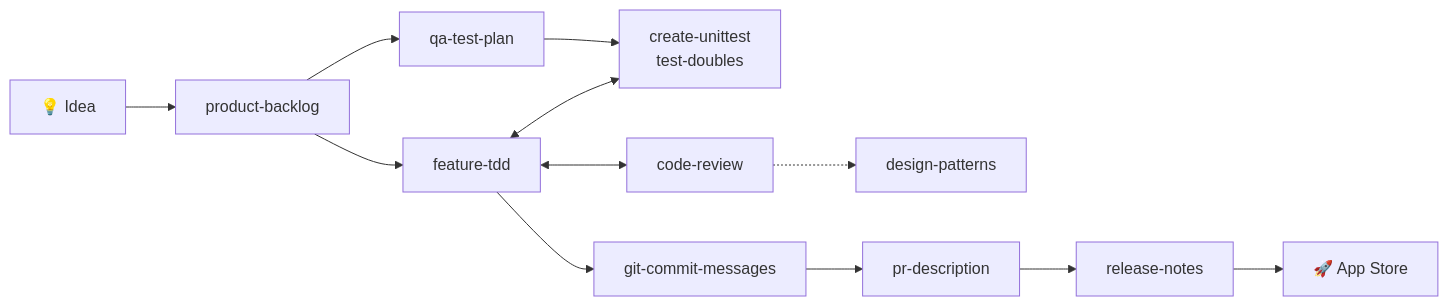
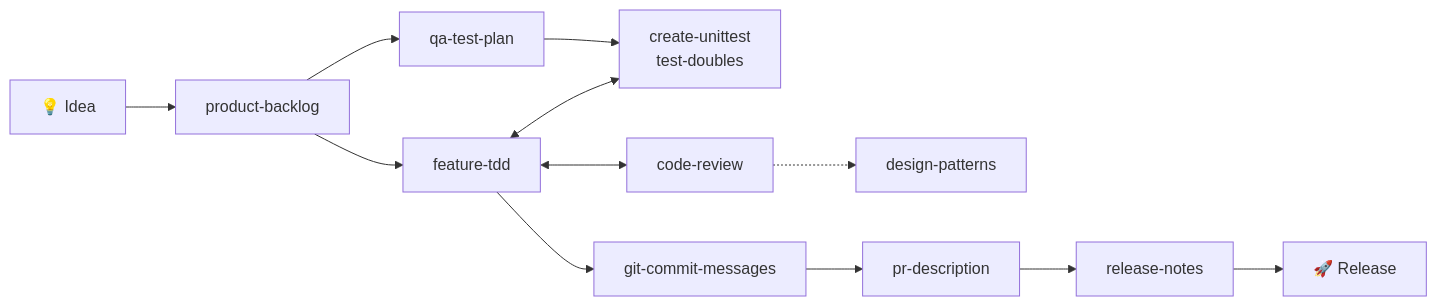
One commit to mariogarcias/my-config changed the diagram in README.md. Above: the diagram before and after it, drawn with Mermaid. The commit also changed other lines of this file and 18 other files, not shown here.

````diff
--- a/README.md
+++ b/README.md
@@ -30,14 +26,14 @@
 ```mermaid
 flowchart LR
     A[💡 Idea] --> B[product-backlog]
+    B --> Q[qa-test-plan]
     B --> C[feature-tdd]
-    B --> Q[qa-test-plan]
-    Q --> D
-    C <--> D[create-unittest<br/>test-doubles]
+    Q --> D[create-unittest<br/>test-doubles]
+    C <--> D
     C <--> E[code-review]
     E -.-> F[design-patterns]
     C --> G[git-commit-messages]
     G --> H[pr-description]
     H --> I[release-notes]
-    I --> J[🚀 App Store]
+    I --> J[🚀 Release]
 ```
````
